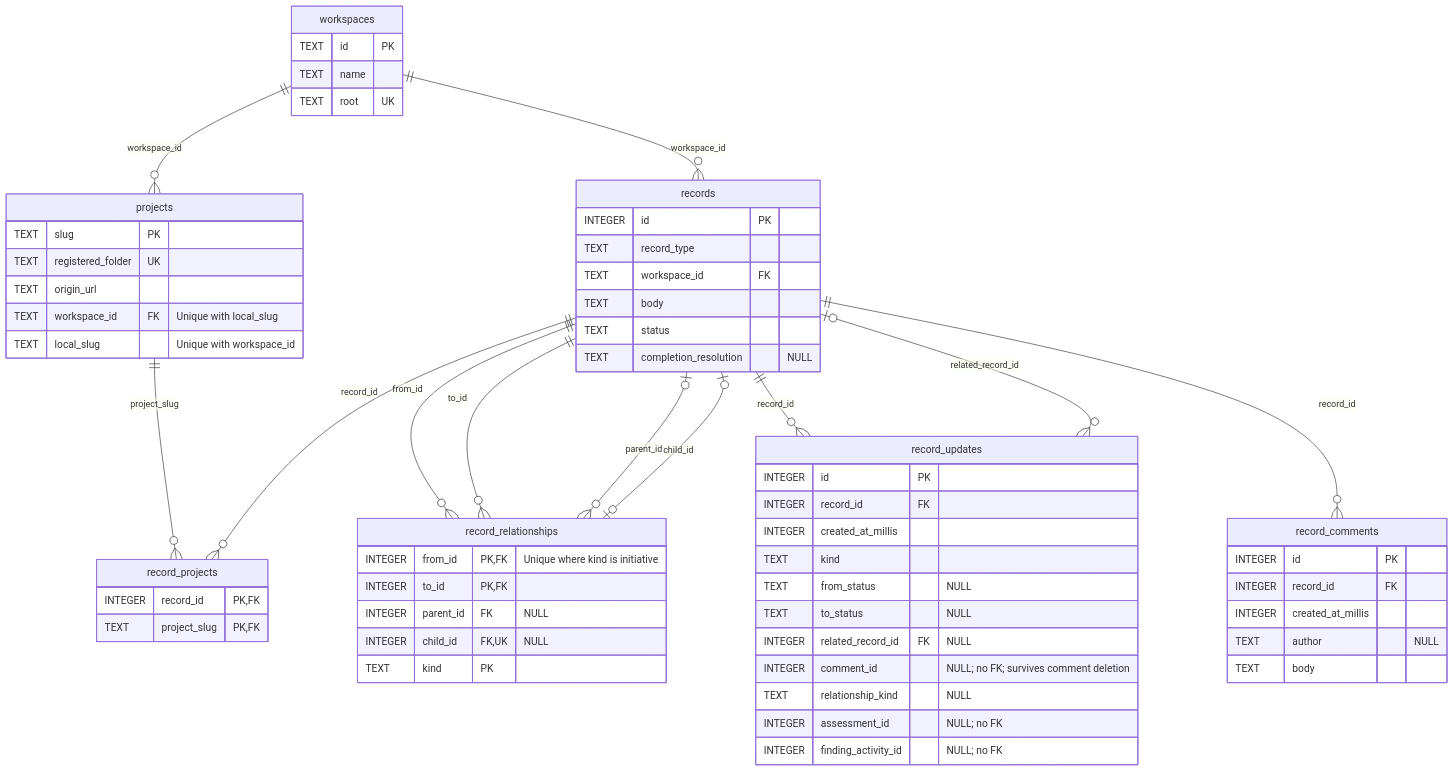
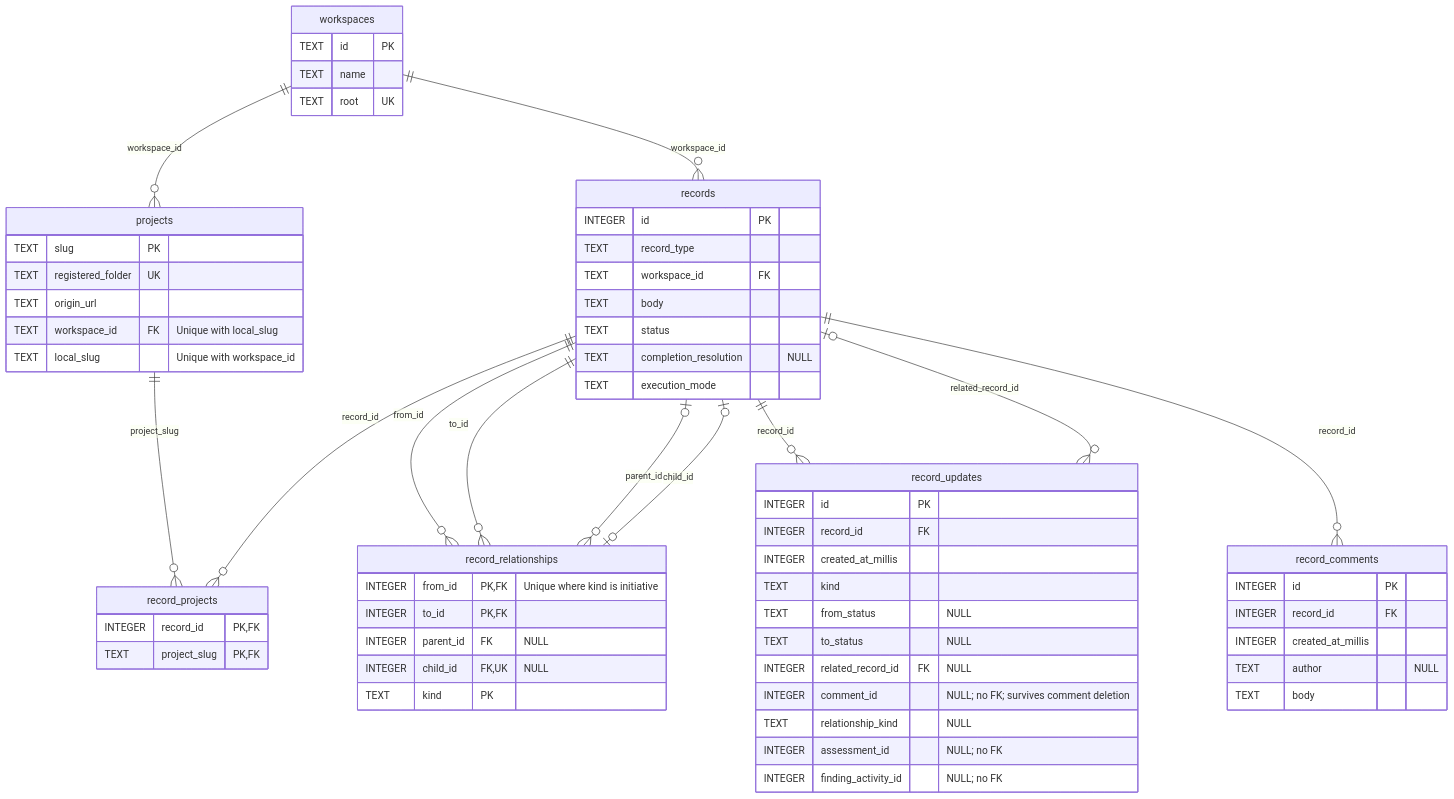
One commit to albizures/forge changed the first of 4 diagrams in crates/store/README.md. Above: the diagram before and after it, drawn with Mermaid. The commit also changed other lines of this file and 31 other files, not shown here.

Commit message:
Enforce explicit Record Execution Mode and safe transitions

````diff
--- a/crates/store/README.md
+++ b/crates/store/README.md
@@ -64,66 +66,67 @@
 ```mermaid
 erDiagram
     workspaces {
         TEXT id PK
         TEXT name
         TEXT root UK
     }
     projects {
         TEXT slug PK
         TEXT registered_folder UK
         TEXT origin_url
         TEXT workspace_id FK "Unique with local_slug"
         TEXT local_slug "Unique with workspace_id"
     }
     records {
         INTEGER id PK
         TEXT record_type
         TEXT workspace_id FK
         TEXT body
         TEXT status
         TEXT completion_resolution "NULL"
+        TEXT execution_mode
     }
     record_projects {
         INTEGER record_id PK,FK
         TEXT project_slug PK,FK
     }
     record_relationships {
         INTEGER from_id PK,FK "Unique where kind is initiative"
         INTEGER to_id PK,FK
         INTEGER parent_id FK "NULL"
         INTEGER child_id FK,UK "NULL"
         TEXT kind PK
     }
     record_updates {
         INTEGER id PK
         INTEGER record_id FK
         INTEGER created_at_millis
         TEXT kind
         TEXT from_status "NULL"
         TEXT to_status "NULL"
         INTEGER related_record_id FK "NULL"
         INTEGER comment_id "NULL; no FK; survives comment deletion"
         TEXT relationship_kind "NULL"
         INTEGER assessment_id "NULL; no FK"
         INTEGER finding_activity_id "NULL; no FK"
     }
     record_comments {
         INTEGER id PK
         INTEGER record_id FK
         INTEGER created_at_millis
         TEXT author "NULL"
         TEXT body
     }
 
     workspaces ||--o{ projects : workspace_id
     workspaces ||--o{ records : workspace_id
     projects ||--o{ record_projects : project_slug
     records ||--o{ record_projects : record_id
     records ||--o{ record_relationships : from_id
     records ||--o{ record_relationships : to_id
     records o|--o{ record_relationships : parent_id
     records o|--o| record_relationships : child_id
     records ||--o{ record_updates : record_id
     records o|--o{ record_updates : related_record_id
     records ||--o{ record_comments : record_id
 ```
````
